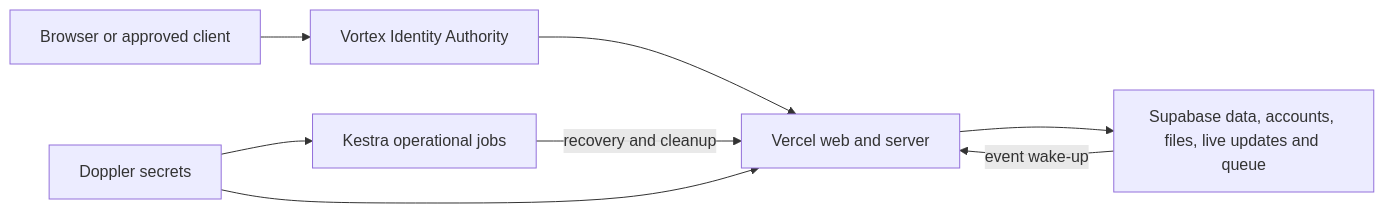
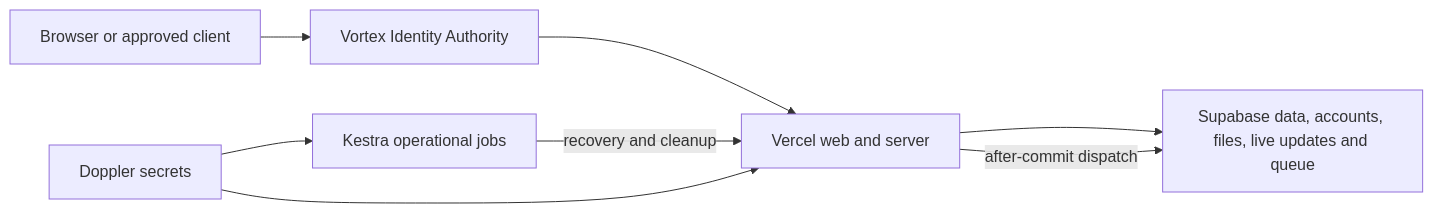
The first of 8 diagrams in docs/specification/17-runtime-storage-and-caching.md (Abzum-NZ/Abzum-Vortex), drawn with Mermaid before and after one commit. The commit also changed other lines of this file and 1 other file, not shown here.

Commit message:
Update specification for after-commit event dispatch

````diff
--- a/docs/specification/17-runtime-storage-and-caching.md
+++ b/docs/specification/17-runtime-storage-and-caching.md
@@ -25,10 +25,10 @@
 ```mermaid
 flowchart LR
     PERSON[Browser or approved client] --> IDP[Vortex Identity Authority]
     IDP --> VERCEL[Vercel web and server]
     VERCEL --> SUPA[Supabase data, accounts, files, live updates and queue]
-    SUPA -->|event wake-up| VERCEL
+    VERCEL -->|after-commit dispatch| SUPA
     KESTRA[Kestra operational jobs] -->|recovery and cleanup| VERCEL
     DOPPLER[Doppler secrets] --> VERCEL
     DOPPLER --> KESTRA
 ```
````
